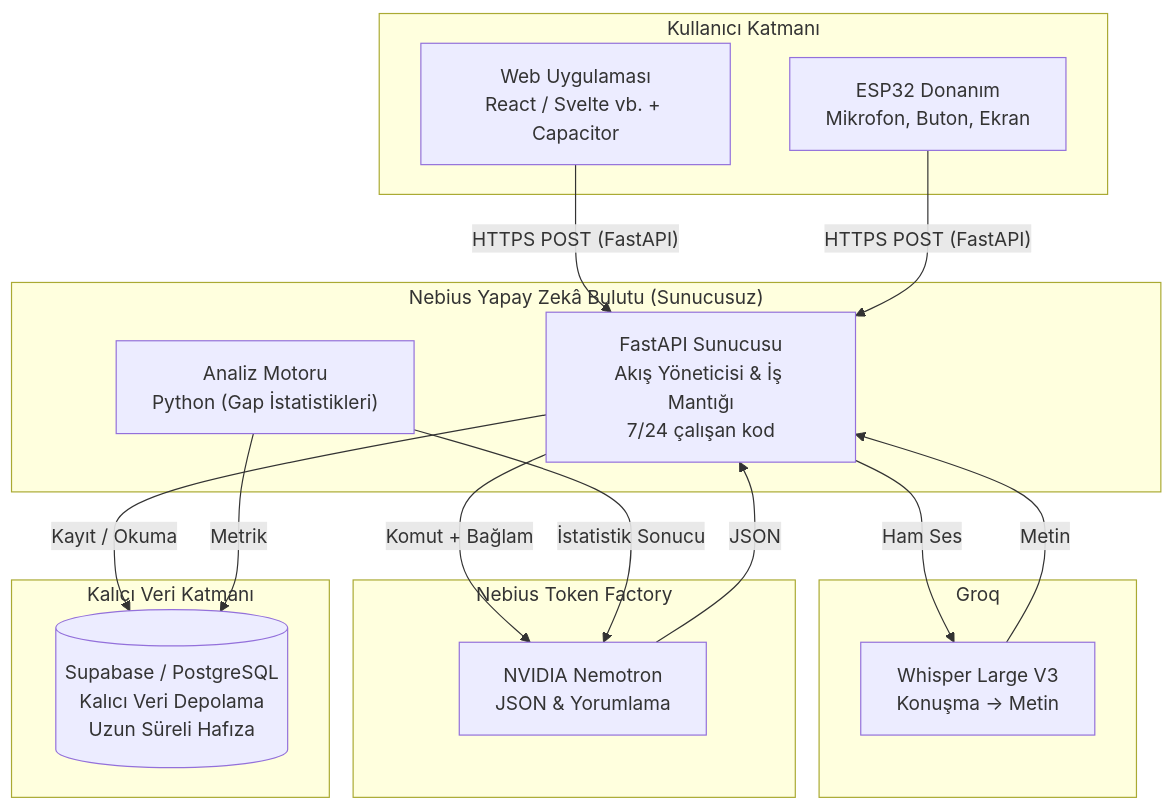
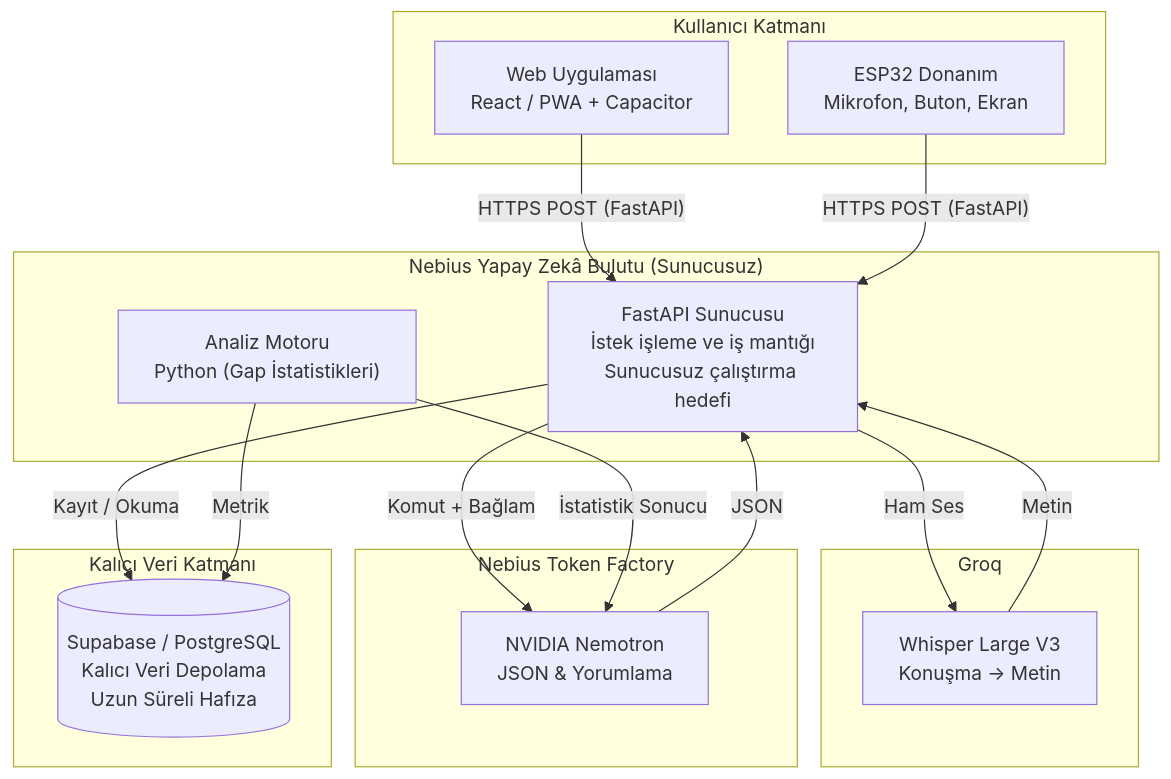
One commit to hamza-embedded-dev/gap-ai changed the diagram in docs/ARCHITECTURE.md. Above: the diagram before and after it, drawn with Mermaid. The commit also changed other lines of this file and 5 other files, not shown here.

````diff
--- a/docs/ARCHITECTURE.md
+++ b/docs/ARCHITECTURE.md
@@ -7,37 +9,37 @@
 ```mermaid
 flowchart TD
     subgraph K["Kullanıcı Katmanı"]
-        W["Web Uygulaması<br/>React / Svelte vb. + Capacitor"]
+        W["Web Uygulaması<br/>React / PWA + Capacitor"]
         E["ESP32 Donanım<br/>Mikrofon, Buton, Ekran"]
     end
 
     subgraph N["Nebius Yapay Zekâ Bulutu (Sunucusuz)"]
-        B["FastAPI Sunucusu<br/>Akış Yöneticisi & İş Mantığı<br/>7/24 çalışan kod"]
+        B["FastAPI Sunucusu<br/>İstek işleme ve iş mantığı<br/>Sunucusuz çalıştırma hedefi"]
         A["Analiz Motoru<br/>Python (Gap İstatistikleri)"]
     end
 
     subgraph O["Groq"]
         STT["Whisper Large V3<br/>Konuşma → Metin"]
     end
 
     subgraph T["Nebius Token Factory"]
         LLM["NVIDIA Nemotron<br/>JSON & Yorumlama"]
     end
 
     subgraph V["Kalıcı Veri Katmanı"]
         DB[("Supabase / PostgreSQL<br/>Kalıcı Veri Depolama<br/>Uzun Süreli Hafıza")]
     end
 
     W -- "HTTPS POST (FastAPI)" --> B
     E -- "HTTPS POST (FastAPI)" --> B
 
     B -- "Ham Ses" --> STT
     STT -- "Metin" --> B
 
     B -- "Komut + Bağlam" --> LLM
     LLM -- "JSON" --> B
 
     B -- "Kayıt / Okuma" --> DB
     A -- "Metrik" --> DB
     A -- "İstatistik Sonucu" --> LLM
 ```
````
